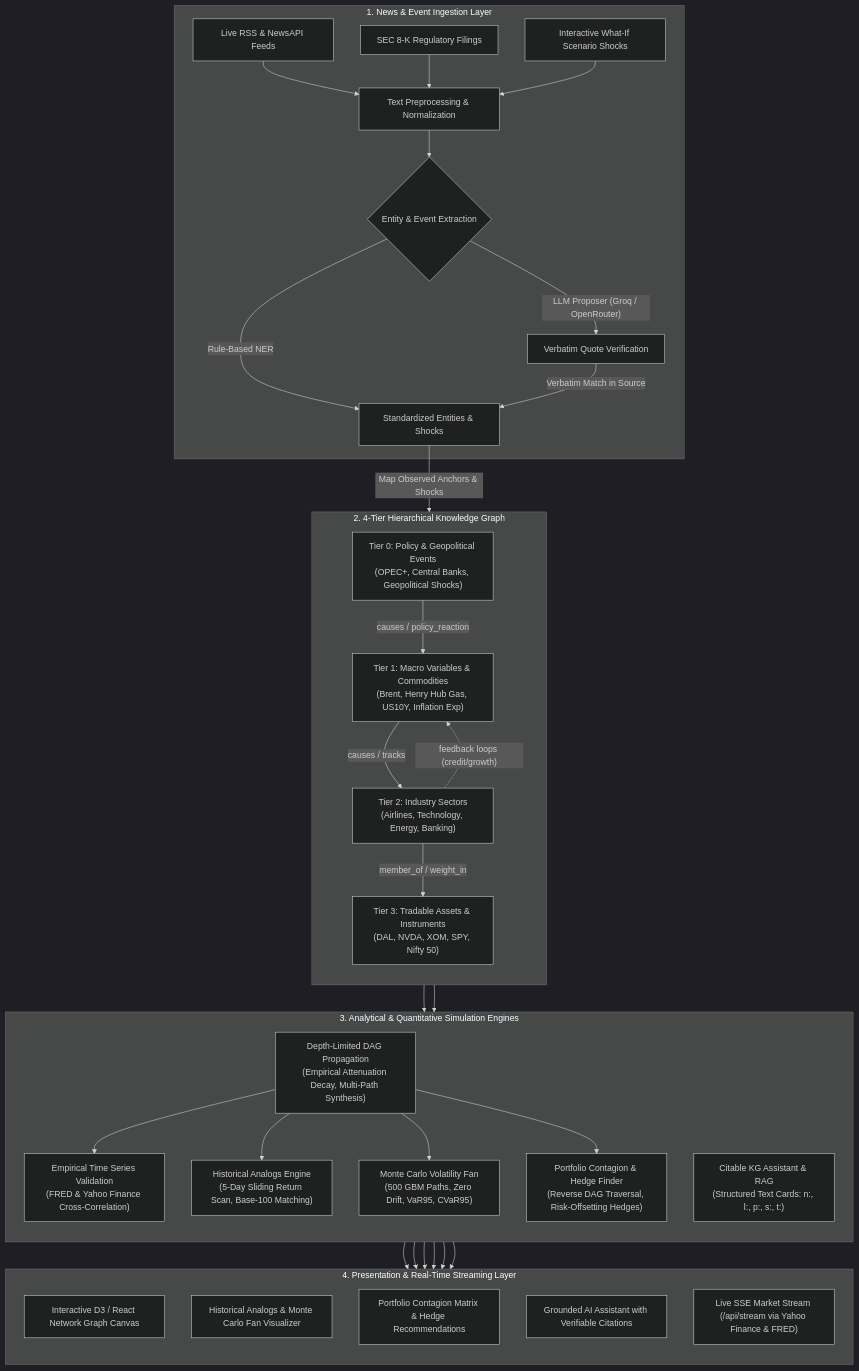
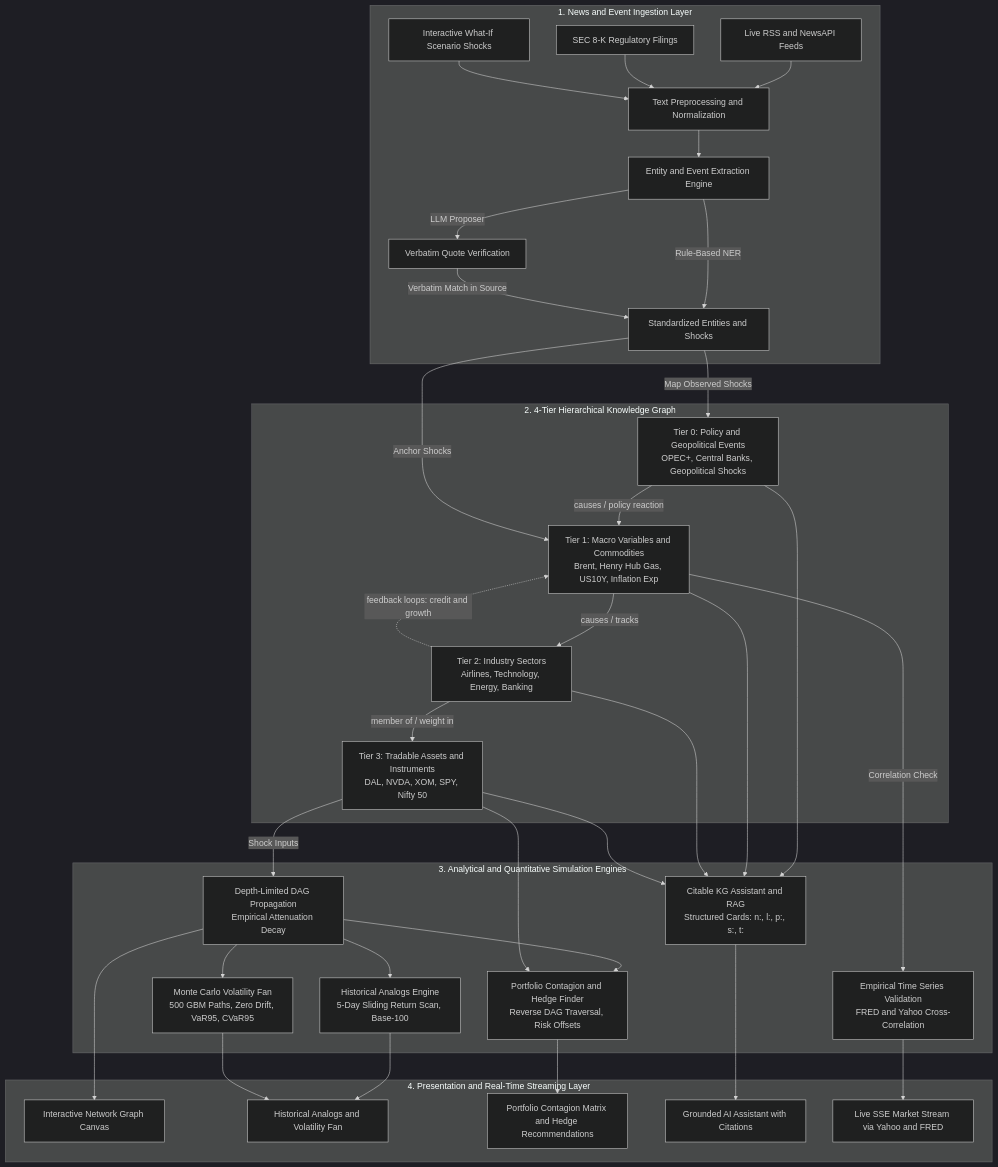
The diagram in README.md (siddhi070306/Siddhi-Bhosale), drawn with Mermaid (dark theme) before and after one commit.

Commit message:
fix(docs): fix mermaid flowchart syntax to ensure seamless rendering on GitHub

````diff
--- a/README.md
+++ b/README.md
@@ -19,60 +19,62 @@
 ```mermaid
 flowchart TD
-    subgraph INGESTION["1. News & Event Ingestion Layer"]
-        A1["Live RSS & NewsAPI Feeds"] --> B1["Text Preprocessing & Normalization"]
+    subgraph INGESTION["1. News and Event Ingestion Layer"]
+        A1["Live RSS and NewsAPI Feeds"] --> B1["Text Preprocessing and Normalization"]
         A2["SEC 8-K Regulatory Filings"] --> B1
         A3["Interactive What-If Scenario Shocks"] --> B1
-        B1 --> B2{"Entity & Event Extraction"}
-        B2 -->|"Rule-Based NER"| B3["Standardized Entities & Shocks"]
-        B2 -->|"LLM Proposer (Groq / OpenRouter)"| B4["Verbatim Quote Verification"]
+        B1 --> B2["Entity and Event Extraction Engine"]
+        B2 -->|"Rule-Based NER"| B3["Standardized Entities and Shocks"]
+        B2 -->|"LLM Proposer"| B4["Verbatim Quote Verification"]
         B4 -->|"Verbatim Match in Source"| B3
     end
 
     subgraph GRAPH["2. 4-Tier Hierarchical Knowledge Graph"]
-        direction TB
-        T0["Tier 0: Policy & Geopolitical Events<br/>(OPEC+, Central Banks, Geopolitical Shocks)"]
-        T1["Tier 1: Macro Variables & Commodities<br/>(Brent, Henry Hub Gas, US10Y, Inflation Exp)"]
-        T2["Tier 2: Industry Sectors<br/>(Airlines, Technology, Energy, Banking)"]
-        T3["Tier 3: Tradable Assets & Instruments<br/>(DAL, NVDA, XOM, SPY, Nifty 50)"]
+        T0["Tier 0: Policy and Geopolitical Events<br/>OPEC+, Central Banks, Geopolitical Shocks"]
+        T1["Tier 1: Macro Variables and Commodities<br/>Brent, Henry Hub Gas, US10Y, Inflation Exp"]
+        T2["Tier 2: Industry Sectors<br/>Airlines, Technology, Energy, Banking"]
+        T3["Tier 3: Tradable Assets and Instruments<br/>DAL, NVDA, XOM, SPY, Nifty 50"]
 
-        T0 -->|"causes / policy_reaction"| T1
+        T0 -->|"causes / policy reaction"| T1
         T1 -->|"causes / tracks"| T2
-        T2 -->|"member_of / weight_in"| T3
-        T2 -.->|"feedback loops (credit/growth)"| T1
+        T2 -->|"member of / weight in"| T3
+        T2 -.->|"feedback loops: credit and growth"| T1
     end
 
-    B3 -->|"Map Observed Anchors & Shocks"| GRAPH
-
-    subgraph ENGINES["3. Analytical & Quantitative Simulation Engines"]
-        direction TB
-        E1["Depth-Limited DAG Propagation<br/>(Empirical Attenuation Decay, Multi-Path Synthesis)"]
-        E2["Empirical Time Series Validation<br/>(FRED & Yahoo Finance Cross-Correlation)"]
-        E3["Historical Analogs Engine<br/>(5-Day Sliding Return Scan, Base-100 Matching)"]
-        E4["Monte Carlo Volatility Fan<br/>(500 GBM Paths, Zero Drift, VaR95, CVaR95)"]
-        E5["Portfolio Contagion & Hedge Finder<br/>(Reverse DAG Traversal, Risk-Offsetting Hedges)"]
-        E6["Citable KG Assistant & RAG<br/>(Structured Text Cards: n:, l:, p:, s:, t:)"]
+    subgraph ENGINES["3. Analytical and Quantitative Simulation Engines"]
+        E1["Depth-Limited DAG Propagation<br/>Empirical Attenuation Decay"]
+        E2["Empirical Time Series Validation<br/>FRED and Yahoo Cross-Correlation"]
+        E3["Historical Analogs Engine<br/>5-Day Sliding Return Scan, Base-100"]
+        E4["Monte Carlo Volatility Fan<br/>500 GBM Paths, Zero Drift, VaR95, CVaR95"]
+        E5["Portfolio Contagion and Hedge Finder<br/>Reverse DAG Traversal, Risk Offsets"]
+        E6["Citable KG Assistant and RAG<br/>Structured Cards: n:, l:, p:, s:, t:"]
     end
 
-    GRAPH --> E1
-    E1 --> E2
+    subgraph PRESENTATION["4. Presentation and Real-Time Streaming Layer"]
+        UI1["Interactive Network Graph Canvas"]
+        UI2["Historical Analogs and Volatility Fan"]
+        UI3["Portfolio Contagion Matrix and Hedge Recommendations"]
+        UI4["Grounded AI Assistant with Citations"]
+        UI5["Live SSE Market Stream via Yahoo and FRED"]
+    end
+
+    %% Causal Links between pipeline stages
+    B3 -->|"Map Observed Shocks"| T0
+    B3 -->|"Anchor Shocks"| T1
+    T3 -->|"Shock Inputs"| E1
+    T1 -->|"Correlation Check"| E2
     E1 --> E3
     E1 --> E4
     E1 --> E5
-    GRAPH --> E6
-
-    subgraph PRESENTATION["4. Presentation & Real-Time Streaming Layer"]
-        direction TB
-        UI1["Interactive D3 / React Network Graph Canvas"]
-        UI2["Historical Analogs & Monte Carlo Fan Visualizer"]
-        UI3["Portfolio Contagion Matrix & Hedge Recommendations"]
-        UI4["Grounded AI Assistant with Verifiable Citations"]
-        UI5["Live SSE Market Stream (/api/stream via Yahoo Finance & FRED)"]
-    end
+    T3 --> E5
+    T0 --> E6
+    T1 --> E6
+    T2 --> E6
+    T3 --> E6
 
     E1 --> UI1
     E3 --> UI2
     E4 --> UI2
     E5 --> UI3
     E6 --> UI4
     E2 --> UI5
 ```
````
